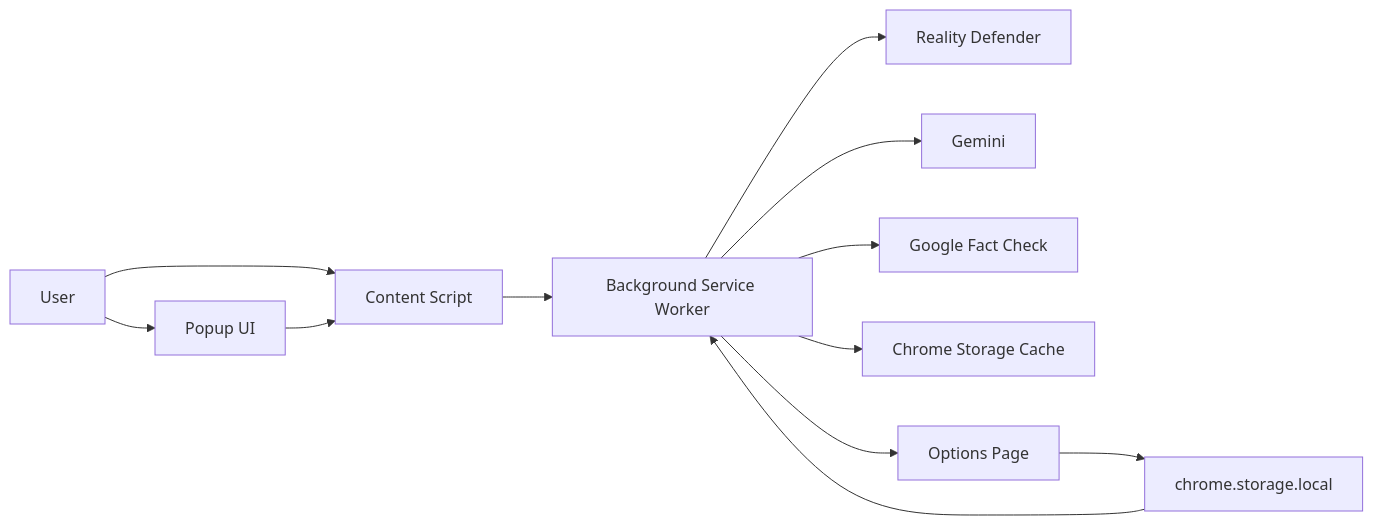
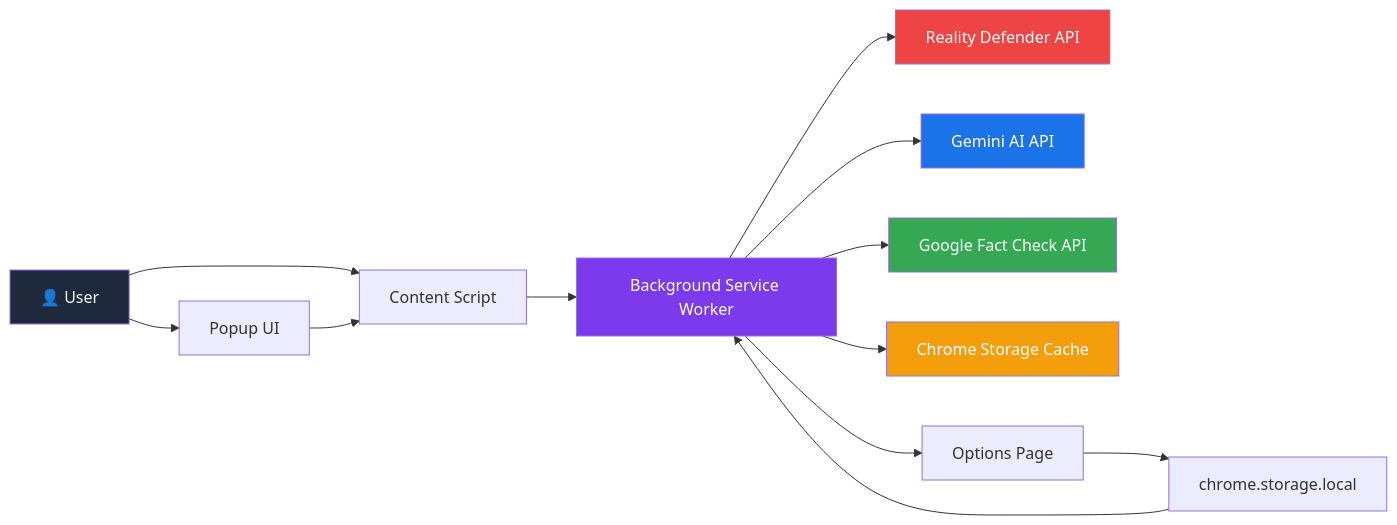
One commit to HarshBhanushali07/pixelproof changed the first of 4 diagrams in README.md. Above: the diagram before and after it, drawn with Mermaid. The commit also changed other lines of this file, not shown here.

````diff
--- a/README.md
+++ b/README.md
@@ -52,14 +75,21 @@
 ```mermaid
 flowchart LR
-	U[User] --> P[Popup UI]
-	U --> C[Content Script]
-	P --> C
-	C --> B[Background Service Worker]
-	B --> R[Reality Defender]
-	B --> G[Gemini]
-	B --> F[Google Fact Check]
-	B --> S[Chrome Storage Cache]
-	B --> O[Options Page]
-	O --> K[chrome.storage.local]
-	K --> B
+    U[👤 User] --> P[Popup UI]
+    U --> C[Content Script]
+    P --> C
+    C --> B[Background Service Worker]
+    B --> R[Reality Defender API]
+    B --> G[Gemini AI API]
+    B --> F[Google Fact Check API]
+    B --> S[Chrome Storage Cache]
+    B --> O[Options Page]
+    O --> K[chrome.storage.local]
+    K --> B
+
+    style U fill:#1e293b,color:#f8fafc
+    style B fill:#7c3aed,color:#fff
+    style R fill:#ef4444,color:#fff
+    style G fill:#1a73e8,color:#fff
+    style F fill:#34a853,color:#fff
+    style S fill:#f59e0b,color:#fff
 ```
````
